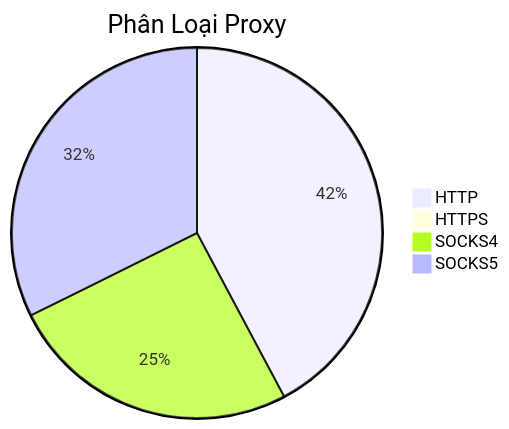
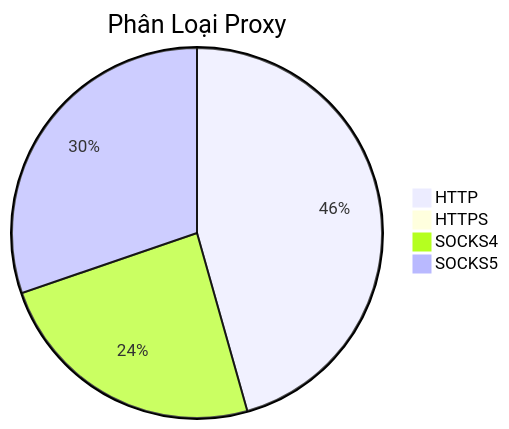
Before and after one commit to Ciara-12/PROXY-free: the diagram in README.md, drawn with Mermaid. The commit also changed other lines of this file and 3 other files, not shown here.

````diff
--- a/README.md
+++ b/README.md
@@ -26,7 +26,7 @@
 ```mermaid
 pie title Phân Loại Proxy
-    "HTTP" : 645
+    "HTTP" : 692
     "HTTPS" : 0
-    "SOCKS4" : 389
-    "SOCKS5" : 494
+    "SOCKS4" : 366
+    "SOCKS5" : 459
 ```
````
